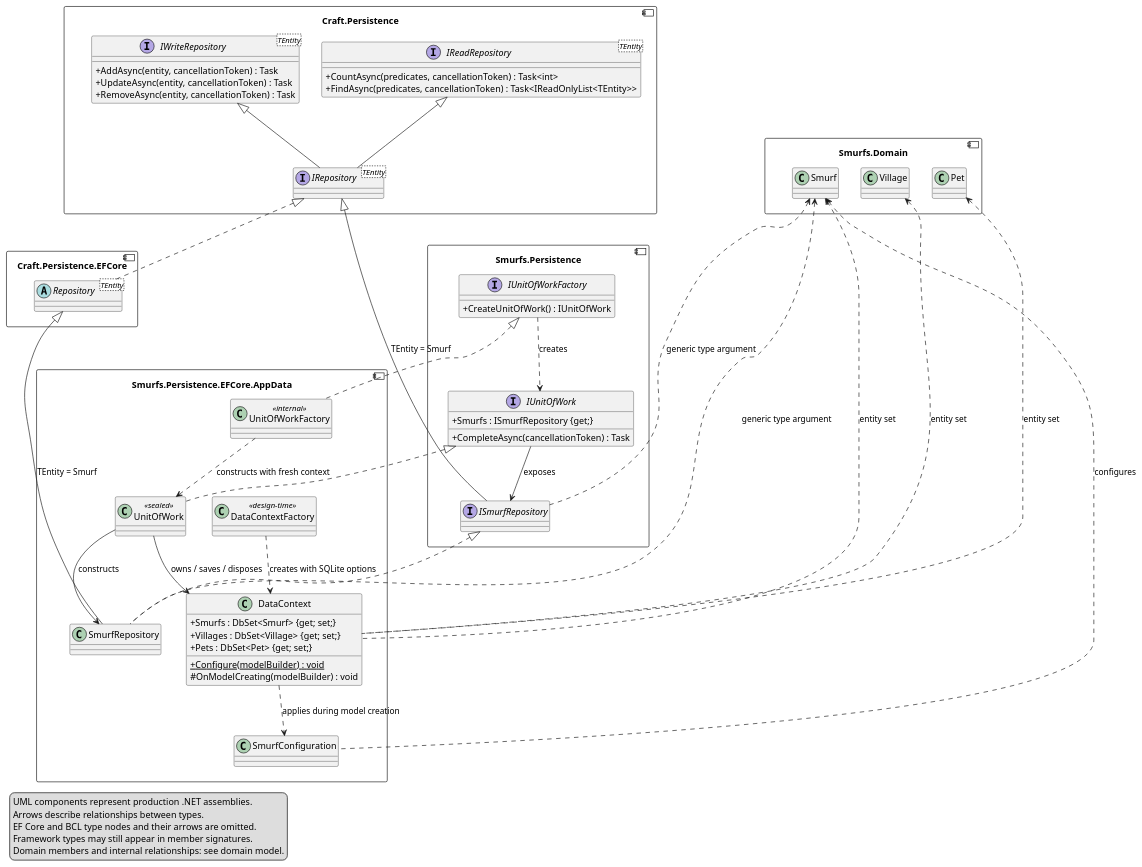
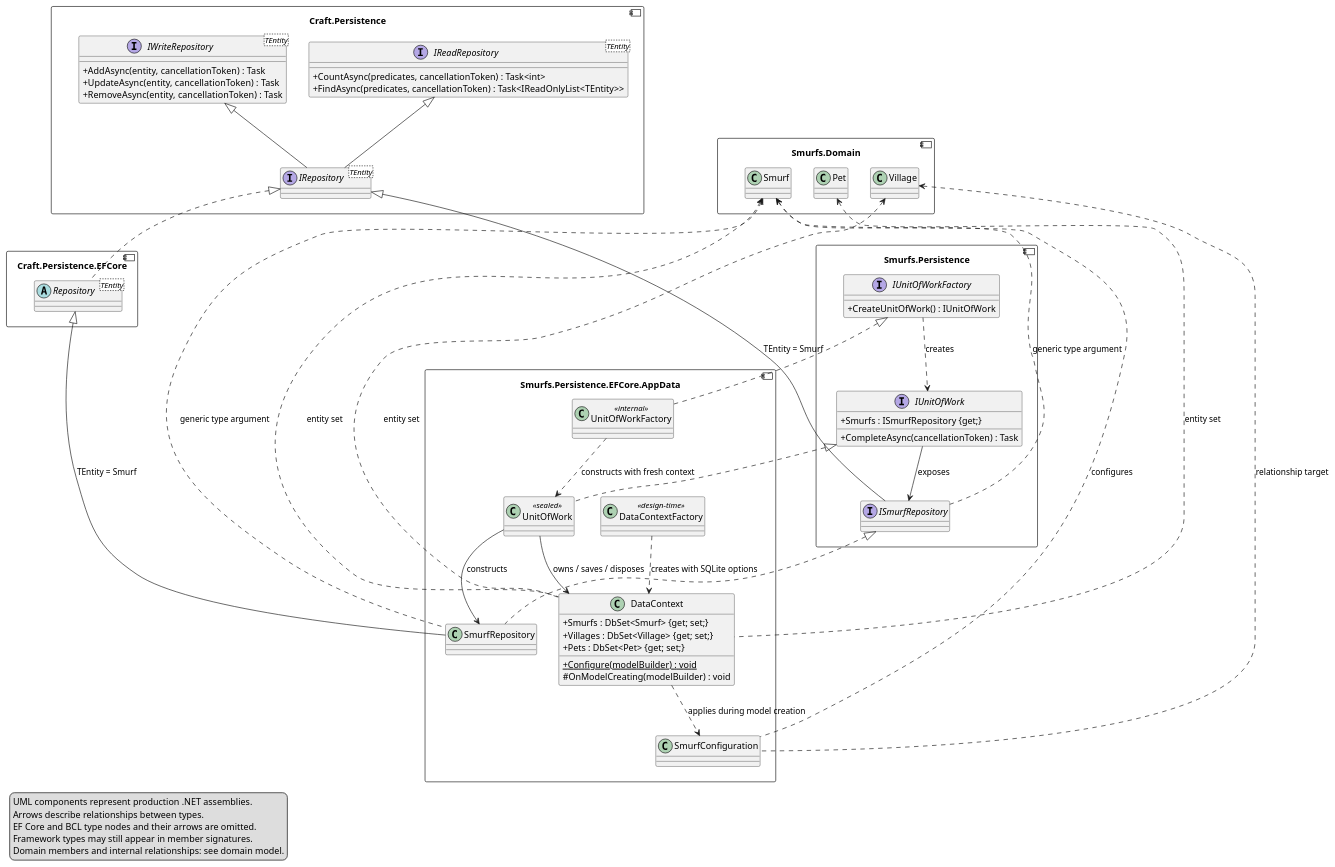
One commit to EbbeMeloSorensen/Smurfs changed the diagram in docs/structural/diagrams/persistence-architecture.puml. Above: the diagram before and after it, drawn with PlantUML. The commit also changed 8 other files, not shown here.

```diff
--- a/docs/structural/diagrams/persistence-architecture.puml
+++ b/docs/structural/diagrams/persistence-architecture.puml
@@ -1,86 +1,87 @@
 @startuml
 allowmixing
 skinparam componentStyle uml2
 skinparam classAttributeIconSize 0
 top to bottom direction
 component "Craft.Persistence" as CraftContracts {
   interface "IReadRepository<TEntity>" as IRead {
     +CountAsync(predicates, cancellationToken) : Task<int>
     +FindAsync(predicates, cancellationToken) : Task<IReadOnlyList<TEntity>>
   }
   interface "IWriteRepository<TEntity>" as IWrite {
     +AddAsync(entity, cancellationToken) : Task
     +UpdateAsync(entity, cancellationToken) : Task
     +RemoveAsync(entity, cancellationToken) : Task
   }
   interface "IRepository<TEntity>" as IRepository
 }
 component "Craft.Persistence.EFCore" as CraftEF {
   abstract class "Repository<TEntity>" as Repository
 }
 component "Smurfs.Persistence" as SmurfContracts {
   interface ISmurfRepository
   interface IUnitOfWork {
     +Smurfs : ISmurfRepository {get;}
     +CompleteAsync(cancellationToken) : Task
   }
   interface IUnitOfWorkFactory {
     +CreateUnitOfWork() : IUnitOfWork
   }
 }
 component "Smurfs.Persistence.EFCore.AppData" as AppData {
   class SmurfRepository
   class UnitOfWork <<sealed>>
   class UnitOfWorkFactory <<internal>>
   class DataContext {
     +Smurfs : DbSet<Smurf> {get; set;}
     +Villages : DbSet<Village> {get; set;}
     +Pets : DbSet<Pet> {get; set;}
     {static} +Configure(modelBuilder) : void
     #OnModelCreating(modelBuilder) : void
   }
   class DataContextFactory <<design-time>>
   class SmurfConfiguration
 }
 component "Smurfs.Domain" as Domain {
   class Smurf
   class Village
   class Pet
 }
 
 ' Invisible layout constraints only; these are not assembly references.
 CraftContracts -[hidden]right- Domain
 CraftContracts -[hidden]down-> CraftEF
 Domain -[hidden]down-> SmurfContracts
 CraftEF -[hidden]down-> AppData
 SmurfContracts -[hidden]down-> AppData
 
 IRead <|-- IRepository
 IWrite <|-- IRepository
 IRepository <|.. Repository
 IRepository <|-- ISmurfRepository : TEntity = Smurf
 Repository <|-- SmurfRepository : TEntity = Smurf
 ISmurfRepository <|.. SmurfRepository
 ISmurfRepository .up.> Smurf : generic type argument
 SmurfRepository .up.> Smurf : generic type argument
 SmurfConfiguration .up.> Smurf : configures
+SmurfConfiguration .up.> Village : relationship target
 DataContext .up.> Smurf : entity set
 DataContext .up.> Village : entity set
 DataContext .up.> Pet : entity set
 IUnitOfWork <|.. UnitOfWork
 IUnitOfWorkFactory <|.. UnitOfWorkFactory
 IUnitOfWork --> ISmurfRepository : exposes
 IUnitOfWorkFactory ..> IUnitOfWork : creates
 UnitOfWork --> SmurfRepository : constructs
 UnitOfWork --> DataContext : owns / saves / disposes
 UnitOfWorkFactory ..> UnitOfWork : constructs with fresh context
 DataContextFactory ..> DataContext : creates with SQLite options
 DataContext ..> SmurfConfiguration : applies during model creation
 legend bottom left
   UML components represent production .NET assemblies.
   Arrows describe relationships between types.
   EF Core and BCL type nodes and their arrows are omitted.
   Framework types may still appear in member signatures.
   Domain members and internal relationships: see domain model.
 endlegend
 @enduml
```
